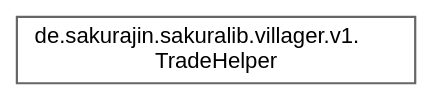
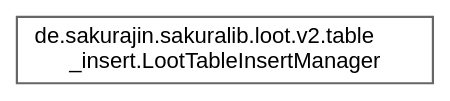
Before and after one commit to noah1510/sakura-lib: the diagram in inherit_graph_31.dot, drawn with Graphviz. The commit also changed 187 other files, not shown here.

```diff
--- a/inherit_graph_31.dot
+++ b/inherit_graph_31.dot
@@ -1,9 +1,9 @@
 digraph "Graphical Class Hierarchy"
 {
  // LATEX_PDF_SIZE
   bgcolor="transparent";
   edge [fontname=Helvetica,fontsize=10,labelfontname=Helvetica,labelfontsize=10];
   node [fontname=Helvetica,fontsize=10,shape=box,height=0.2,width=0.4];
   rankdir="LR";
-  Node0 [label="de.sakurajin.sakuralib.villager.v1.\lTradeHelper",height=0.2,width=0.4,color="grey40", fillcolor="white", style="filled",URL="$classde_1_1sakurajin_1_1sakuralib_1_1villager_1_1v1_1_1TradeHelper.html",tooltip="A helper class to create trades for villagers."];
+  Node0 [label="de.sakurajin.sakuralib.loot.v2.table\l_insert.LootTableInsertManager",height=0.2,width=0.4,color="grey40", fillcolor="white", style="filled",URL="$classde_1_1sakurajin_1_1sakuralib_1_1loot_1_1v2_1_1table__insert_1_1LootTableInsertManager.html",tooltip=" "];
 }
```
